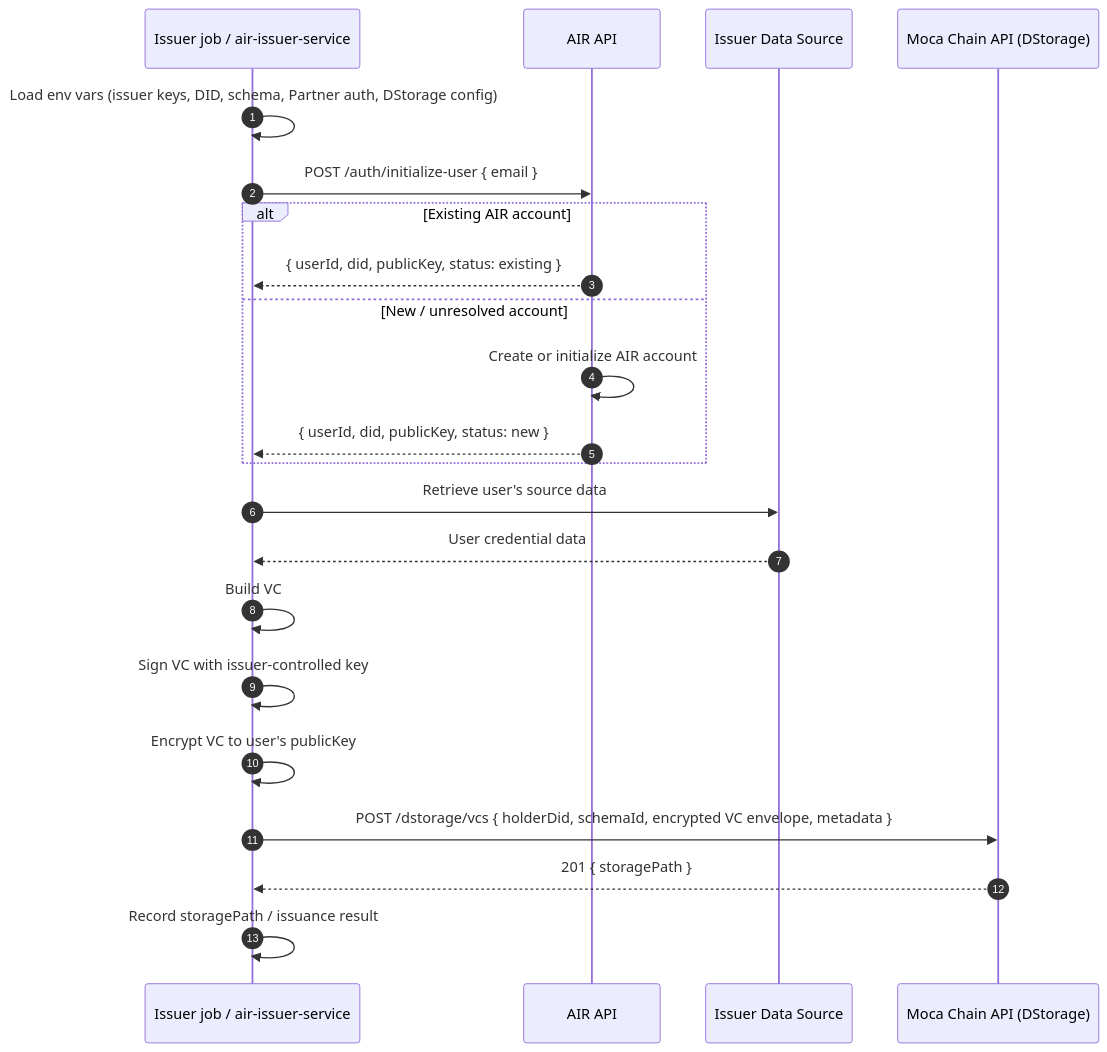
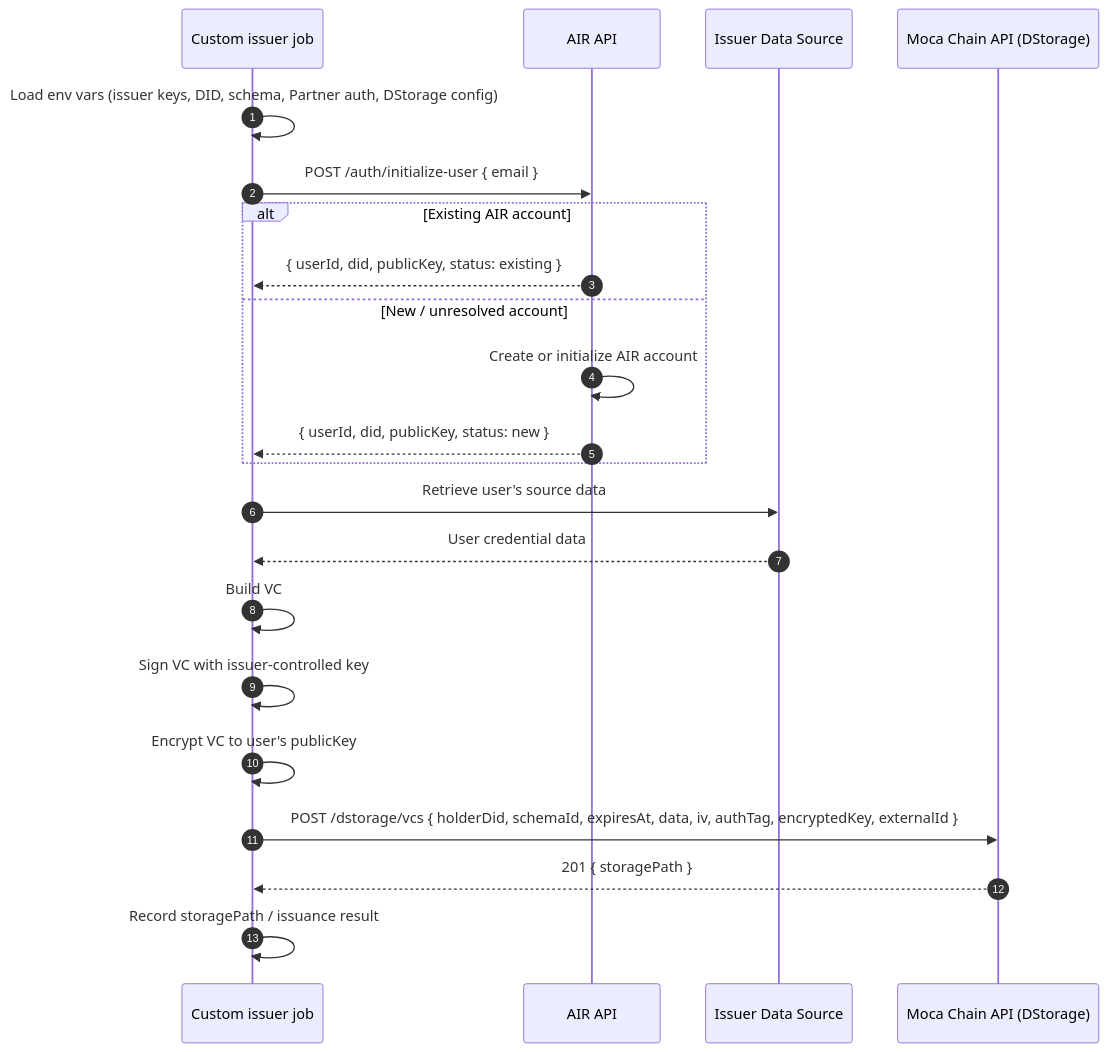
The diagram in airkit/usage/credential/direct-issuance.mdx (MocaNetwork/docs), drawn with Mermaid before and after one commit. The commit also changed other lines of this file and 15 other files, not shown here.

````diff
--- a/airkit/usage/credential/direct-issuance.mdx
+++ b/airkit/usage/credential/direct-issuance.mdx
@@ -40,24 +46,24 @@
 ```mermaid
 sequenceDiagram
     autonumber
-    participant Script as Issuer job / air-issuer-service
+    participant Script as Custom issuer job
     participant AIR as AIR API
     participant DS as Issuer Data Source
     participant Chain as Moca Chain API (DStorage)
     Script->>Script: Load env vars (issuer keys, DID, schema, Partner auth, DStorage config)
     Script->>AIR: POST /auth/initialize-user { email }
     alt Existing AIR account
         AIR-->>Script: { userId, did, publicKey, status: existing }
     else New / unresolved account
         AIR->>AIR: Create or initialize AIR account
         AIR-->>Script: { userId, did, publicKey, status: new }
     end
     Script->>DS: Retrieve user's source data
     DS-->>Script: User credential data
     Script->>Script: Build VC
     Script->>Script: Sign VC with issuer-controlled key
     Script->>Script: Encrypt VC to user's publicKey
-    Script->>Chain: POST /dstorage/vcs { holderDid, schemaId, encrypted VC envelope, metadata }
+    Script->>Chain: POST /dstorage/vcs { holderDid, schemaId, expiresAt, data, iv, authTag, encryptedKey, externalId }
     Chain-->>Script: 201 { storagePath }
     Script->>Script: Record storagePath / issuance result
 ```
````
